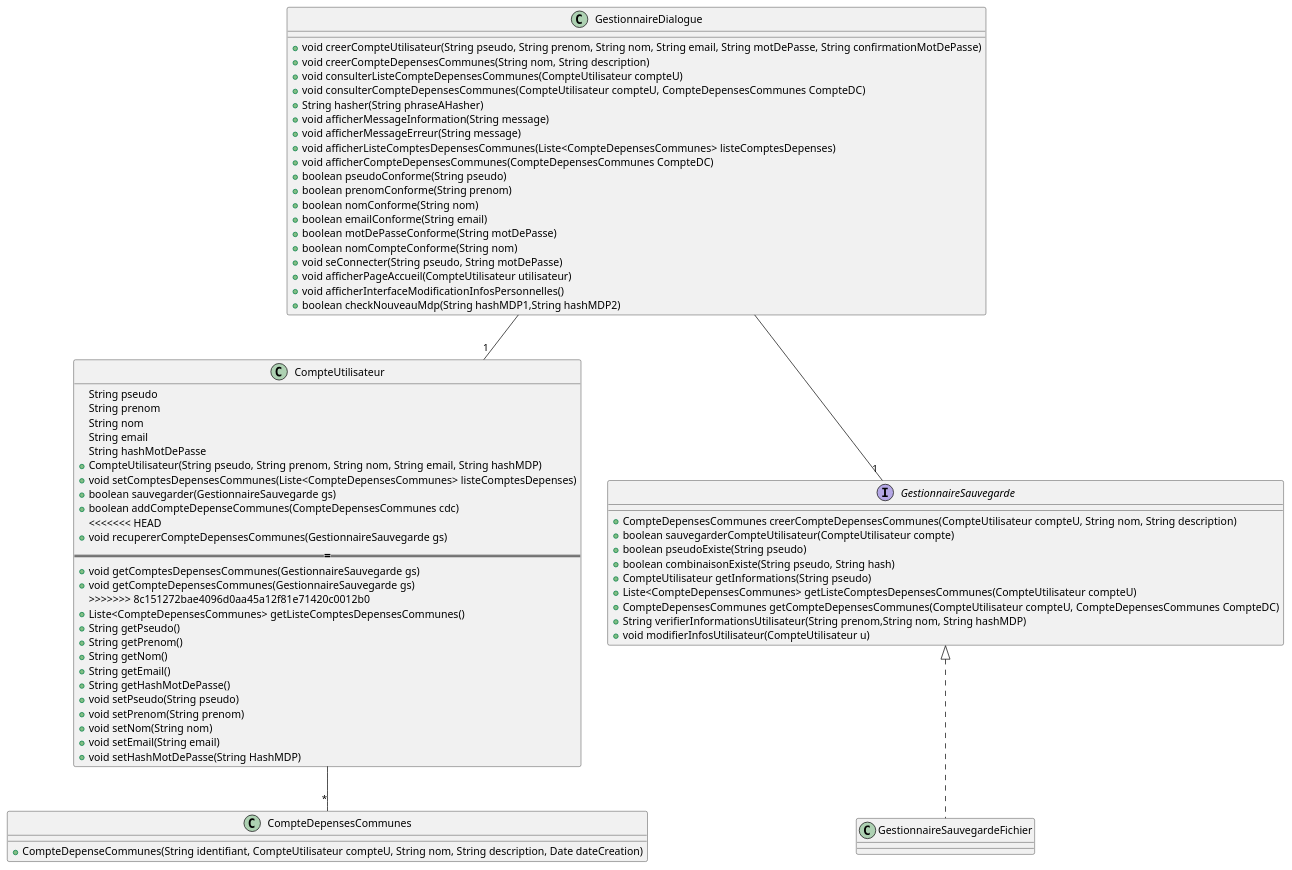
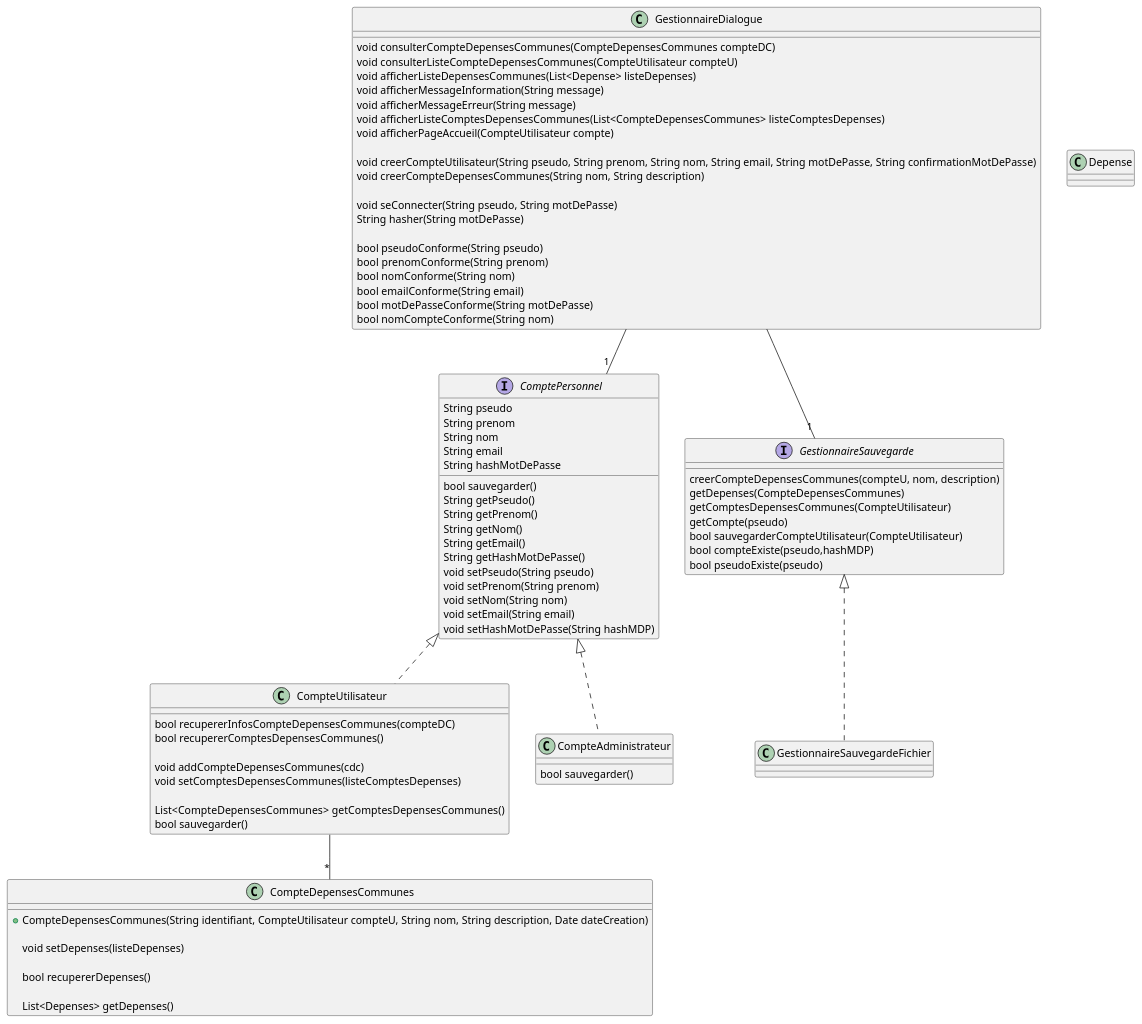
Before and after one commit to lmtb06/sharecount: the diagram in diagrammes/conception/classes.puml, drawn with PlantUML. The commit also changed 10 other files, not shown here.

Commit message:
-Modification des diagrammes de séquences -Mise à jour du diagramme de classe -Ajout de ComptePersonnel

```diff
--- a/diagrammes/conception/classes.puml
+++ b/diagrammes/conception/classes.puml
@@ -1,75 +1,94 @@
 @startuml Classes
 
 	class GestionnaireDialogue {
-		+void creerCompteUtilisateur(String pseudo, String prenom, String nom, String email, String motDePasse, String confirmationMotDePasse)
-		+void creerCompteDepensesCommunes(String nom, String description)
-		+void consulterListeCompteDepensesCommunes(CompteUtilisateur compteU)
-		+void consulterCompteDepensesCommunes(CompteUtilisateur compteU, CompteDepensesCommunes CompteDC)
-		+String hasher(String phraseAHasher)
-		+void afficherMessageInformation(String message)
-		+void afficherMessageErreur(String message)
-		+void afficherListeComptesDepensesCommunes(Liste<CompteDepensesCommunes> listeComptesDepenses)
-		+void afficherCompteDepensesCommunes(CompteDepensesCommunes CompteDC)
-		+boolean pseudoConforme(String pseudo)
-		+boolean prenomConforme(String prenom)
-		+boolean nomConforme(String nom)
-		+boolean emailConforme(String email)
-		+boolean motDePasseConforme(String motDePasse)
-		+boolean nomCompteConforme(String nom)
-		+void seConnecter(String pseudo, String motDePasse)
-		+void afficherPageAccueil(CompteUtilisateur utilisateur)
-		+void afficherInterfaceModificationInfosPersonnelles()
-		+boolean checkNouveauMdp(String hashMDP1,String hashMDP2)
+		void consulterCompteDepensesCommunes(CompteDepensesCommunes compteDC)
+		void consulterListeCompteDepensesCommunes(CompteUtilisateur compteU)
+		void afficherListeDepensesCommunes(List<Depense> listeDepenses)
+		void afficherMessageInformation(String message)
+		void afficherMessageErreur(String message)
+		void afficherListeComptesDepensesCommunes(List<CompteDepensesCommunes> listeComptesDepenses)
+		void afficherPageAccueil(CompteUtilisateur compte)
+
+		void creerCompteUtilisateur(String pseudo, String prenom, String nom, String email, String motDePasse, String confirmationMotDePasse)
+		void creerCompteDepensesCommunes(String nom, String description)
+
+		void seConnecter(String pseudo, String motDePasse)
+		String hasher(String motDePasse)
+
+		bool pseudoConforme(String pseudo)
+		bool prenomConforme(String prenom)
+		bool nomConforme(String nom)
+		bool emailConforme(String email)
+		bool motDePasseConforme(String motDePasse)
+		bool nomCompteConforme(String nom)
 	}
-	GestionnaireDialogue --"1" CompteUtilisateur
+	GestionnaireDialogue --"1" ComptePersonnel
 	GestionnaireDialogue --"1" GestionnaireSauvegarde
 
 	interface GestionnaireSauvegarde {
-		+CompteDepensesCommunes creerCompteDepensesCommunes(CompteUtilisateur compteU, String nom, String description)
-		+boolean sauvegarderCompteUtilisateur(CompteUtilisateur compte)
-		+boolean pseudoExiste(String pseudo)
-		+boolean combinaisonExiste(String pseudo, String hash)
-		+CompteUtilisateur getInformations(String pseudo)
-		+Liste<CompteDepensesCommunes> getListeComptesDepensesCommunes(CompteUtilisateur compteU)
-		+CompteDepensesCommunes getCompteDepensesCommunes(CompteUtilisateur compteU, CompteDepensesCommunes CompteDC)
-		+String verifierInformationsUtilisateur(String prenom,String nom, String hashMDP)
-		+void modifierInfosUtilisateur(CompteUtilisateur u)
+		creerCompteDepensesCommunes(compteU, nom, description)
+		getDepenses(CompteDepensesCommunes)
+		getComptesDepensesCommunes(CompteUtilisateur)
+		getCompte(pseudo)
+		bool sauvegarderCompteUtilisateur(CompteUtilisateur)
+		bool compteExiste(pseudo,hashMDP)
+		bool pseudoExiste(pseudo)
 	}
 
 	class GestionnaireSauvegardeFichier implements GestionnaireSauvegarde {
 
 	}
-	class CompteUtilisateur {
+
+	class CompteUtilisateur implements ComptePersonnel {
+		bool recupererInfosCompteDepensesCommunes(compteDC)
+		bool recupererComptesDepensesCommunes()
+
+		void addCompteDepensesCommunes(cdc)
+		void setComptesDepensesCommunes(listeComptesDepenses)
+
+		List<CompteDepensesCommunes>  getComptesDepensesCommunes()
+		bool sauvegarder()
+
+	}
+	CompteUtilisateur --"*" CompteDepensesCommunes
+
+
+	class CompteAdministrateur implements ComptePersonnel {
+		bool sauvegarder()
+	}
+
+	interface ComptePersonnel {
 		String pseudo
 		String prenom
 		String nom
 		String email
 		String hashMotDePasse
-		+CompteUtilisateur(String pseudo, String prenom, String nom, String email, String hashMDP)
-		+void setComptesDepensesCommunes(Liste<CompteDepensesCommunes> listeComptesDepenses)
-		+boolean sauvegarder(GestionnaireSauvegarde gs)
-		+boolean addCompteDepenseCommunes(CompteDepensesCommunes cdc)
-<<<<<<< HEAD
-		+void recupererCompteDepensesCommunes(GestionnaireSauvegarde gs)
-=======
-		+void getComptesDepensesCommunes(GestionnaireSauvegarde gs)
-		+void getCompteDepensesCommunes(GestionnaireSauvegarde gs)
->>>>>>> 8c151272bae4096d0aa45a12f81e71420c0012b0
-		+Liste<CompteDepensesCommunes> getListeComptesDepensesCommunes()
-		+String getPseudo()
-		+String getPrenom()
-		+String getNom()
-		+String getEmail()
-		+String getHashMotDePasse()
-		+void setPseudo(String pseudo)
-		+void setPrenom(String prenom)
-		+void setNom(String nom)
-		+void setEmail(String email)
-		+void setHashMotDePasse(String HashMDP)
+
+		bool sauvegarder()
+		String getPseudo()
+		String getPrenom()
+		String getNom()
+		String getEmail()
+		String getHashMotDePasse()
+		void setPseudo(String pseudo)
+		void setPrenom(String prenom)
+		void setNom(String nom)
+		void setEmail(String email)
+		void setHashMotDePasse(String hashMDP)
 	}
-	CompteUtilisateur --"*" CompteDepensesCommunes
+
 	class CompteDepensesCommunes {
-		+CompteDepenseCommunes(String identifiant, CompteUtilisateur compteU, String nom, String description, Date dateCreation)
+		+CompteDepensesCommunes(String identifiant, CompteUtilisateur compteU, String nom, String description, Date dateCreation)
+
+		void setDepenses(listeDepenses)
+
+		bool recupererDepenses()
+
+		List<Depenses> getDepenses()
+	}
+
+	class Depense {
+
 	}
 
 @enduml
```
